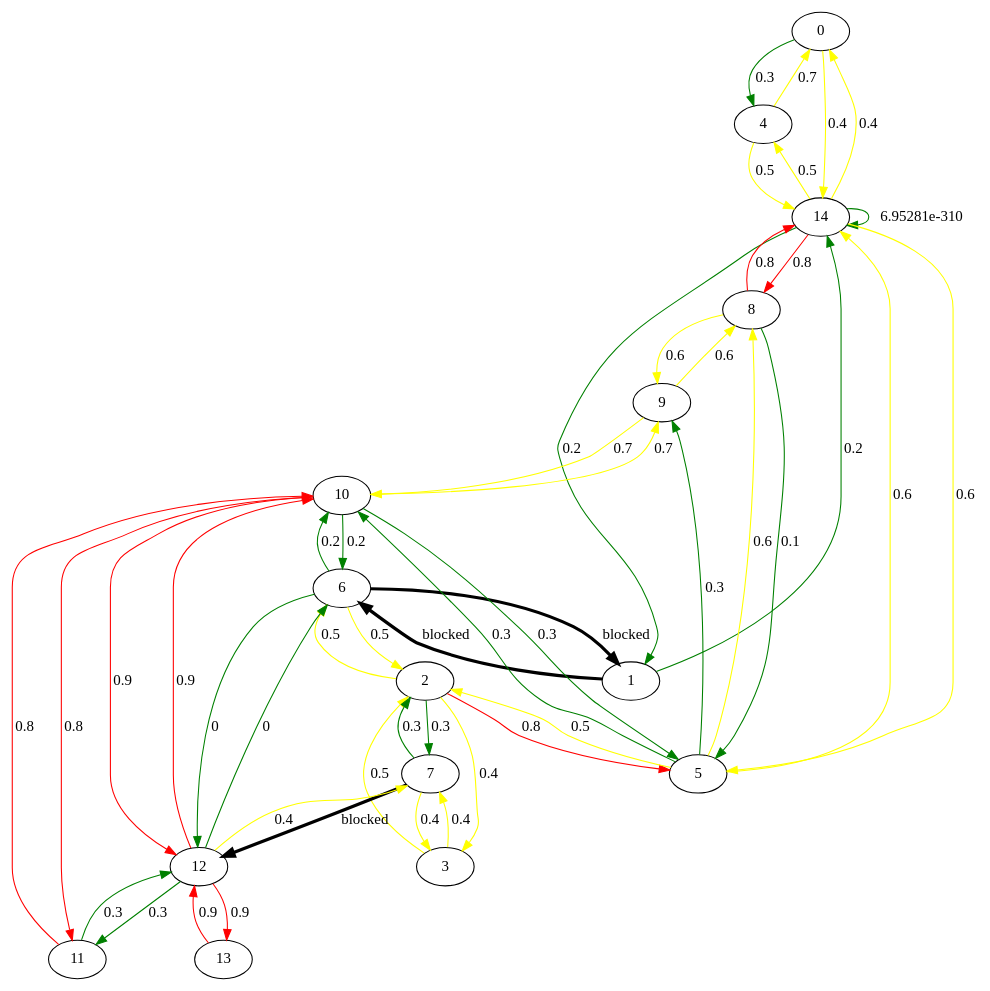
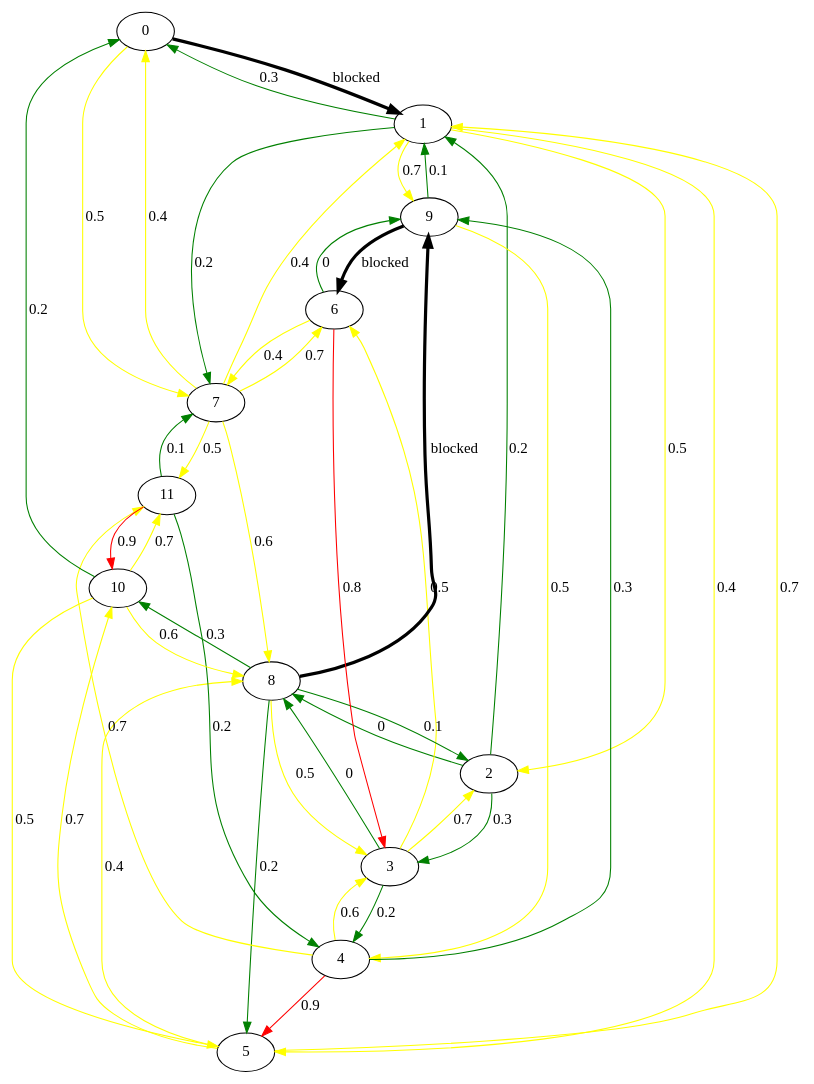
Before and after one commit to Code-with-ease/road-not-taken: the diagram in output.dot, drawn with Graphviz. The commit also changed 5 other files, not shown here.

```diff
--- a/output.dot
+++ b/output.dot
@@ -1,50 +1,46 @@
 digraph Test {
-0 -> 4[label="0.3",color= green, penwidth="1"];
-0 -> 14[label="0.4",color= yellow, penwidth="1"];
-1 -> 6[label="blocked",color= black, penwidth="3"];
-1 -> 14[label="0.2",color= green, penwidth="1"];
-2 -> 3[label="0.4",color= yellow, penwidth="1"];
-2 -> 5[label="0.8",color= red, penwidth="1"];
-2 -> 6[label="0.5",color= yellow, penwidth="1"];
-2 -> 7[label="0.3",color= green, penwidth="1"];
-3 -> 2[label="0.5",color= yellow, penwidth="1"];
-3 -> 7[label="0.4",color= yellow, penwidth="1"];
-4 -> 0[label="0.7",color= yellow, penwidth="1"];
-4 -> 14[label="0.5",color= yellow, penwidth="1"];
-5 -> 2[label="0.5",color= yellow, penwidth="1"];
-5 -> 8[label="0.6",color= yellow, penwidth="1"];
-5 -> 9[label="0.3",color= green, penwidth="1"];
-5 -> 10[label="0.3",color= green, penwidth="1"];
-5 -> 14[label="0.6",color= yellow, penwidth="1"];
-6 -> 1[label="blocked",color= black, penwidth="3"];
-6 -> 2[label="0.5",color= yellow, penwidth="1"];
-6 -> 10[label="0.2",color= green, penwidth="1"];
-6 -> 12[label="0",color= green, penwidth="1"];
-7 -> 2[label="0.3",color= green, penwidth="1"];
-7 -> 3[label="0.4",color= yellow, penwidth="1"];
-7 -> 12[label="blocked",color= black, penwidth="3"];
-8 -> 5[label="0.1",color= green, penwidth="1"];
-8 -> 9[label="0.6",color= yellow, penwidth="1"];
-8 -> 14[label="0.8",color= red, penwidth="1"];
-9 -> 8[label="0.6",color= yellow, penwidth="1"];
-9 -> 10[label="0.7",color= yellow, penwidth="1"];
-10 -> 5[label="0.3",color= green, penwidth="1"];
-10 -> 6[label="0.2",color= green, penwidth="1"];
-10 -> 9[label="0.7",color= yellow, penwidth="1"];
-10 -> 11[label="0.8",color= red, penwidth="1"];
-10 -> 12[label="0.9",color= red, penwidth="1"];
-11 -> 10[label="0.8",color= red, penwidth="1"];
-11 -> 12[label="0.3",color= green, penwidth="1"];
-12 -> 6[label="0",color= green, penwidth="1"];
-12 -> 7[label="0.4",color= yellow, penwidth="1"];
-12 -> 10[label="0.9",color= red, penwidth="1"];
-12 -> 11[label="0.3",color= green, penwidth="1"];
-12 -> 13[label="0.9",color= red, penwidth="1"];
-13 -> 12[label="0.9",color= red, penwidth="1"];
-14 -> 0[label="0.4",color= yellow, penwidth="1"];
-14 -> 1[label="0.2",color= green, penwidth="1"];
-14 -> 4[label="0.5",color= yellow, penwidth="1"];
-14 -> 5[label="0.6",color= yellow, penwidth="1"];
-14 -> 8[label="0.8",color= red, penwidth="1"];
-14 -> 14[label="6.95281e-310",color= green, penwidth="1"];
+0 -> 1[label="blocked",color= black, penwidth="3"];
+0 -> 7[label="0.5",color= yellow, penwidth="1"];
+1 -> 0[label="0.3",color= green, penwidth="1"];
+1 -> 2[label="0.5",color= yellow, penwidth="1"];
+1 -> 5[label="0.4",color= yellow, penwidth="1"];
+1 -> 7[label="0.2",color= green, penwidth="1"];
+1 -> 9[label="0.7",color= yellow, penwidth="1"];
+2 -> 1[label="0.2",color= green, penwidth="1"];
+2 -> 3[label="0.3",color= green, penwidth="1"];
+2 -> 8[label="0",color= green, penwidth="1"];
+3 -> 2[label="0.7",color= yellow, penwidth="1"];
+3 -> 4[label="0.2",color= green, penwidth="1"];
+3 -> 6[label="0.5",color= yellow, penwidth="1"];
+3 -> 8[label="0",color= green, penwidth="1"];
+4 -> 3[label="0.6",color= yellow, penwidth="1"];
+4 -> 5[label="0.9",color= red, penwidth="1"];
+4 -> 9[label="0.3",color= green, penwidth="1"];
+4 -> 11[label="0.7",color= yellow, penwidth="1"];
+5 -> 1[label="0.7",color= yellow, penwidth="1"];
+5 -> 8[label="0.4",color= yellow, penwidth="1"];
+5 -> 10[label="0.7",color= yellow, penwidth="1"];
+6 -> 3[label="0.8",color= red, penwidth="1"];
+6 -> 7[label="0.4",color= yellow, penwidth="1"];
+6 -> 9[label="0",color= green, penwidth="1"];
+7 -> 0[label="0.4",color= yellow, penwidth="1"];
+7 -> 1[label="0.4",color= yellow, penwidth="1"];
+7 -> 6[label="0.7",color= yellow, penwidth="1"];
+7 -> 8[label="0.6",color= yellow, penwidth="1"];
+7 -> 11[label="0.5",color= yellow, penwidth="1"];
+8 -> 2[label="0.1",color= green, penwidth="1"];
+8 -> 3[label="0.5",color= yellow, penwidth="1"];
+8 -> 5[label="0.2",color= green, penwidth="1"];
+8 -> 9[label="blocked",color= black, penwidth="3"];
+8 -> 10[label="0.3",color= green, penwidth="1"];
+9 -> 1[label="0.1",color= green, penwidth="1"];
+9 -> 4[label="0.5",color= yellow, penwidth="1"];
+9 -> 6[label="blocked",color= black, penwidth="3"];
+10 -> 0[label="0.2",color= green, penwidth="1"];
+10 -> 5[label="0.5",color= yellow, penwidth="1"];
+10 -> 8[label="0.6",color= yellow, penwidth="1"];
+10 -> 11[label="0.7",color= yellow, penwidth="1"];
+11 -> 4[label="0.2",color= green, penwidth="1"];
+11 -> 7[label="0.1",color= green, penwidth="1"];
+11 -> 10[label="0.9",color= red, penwidth="1"];
 }
```
